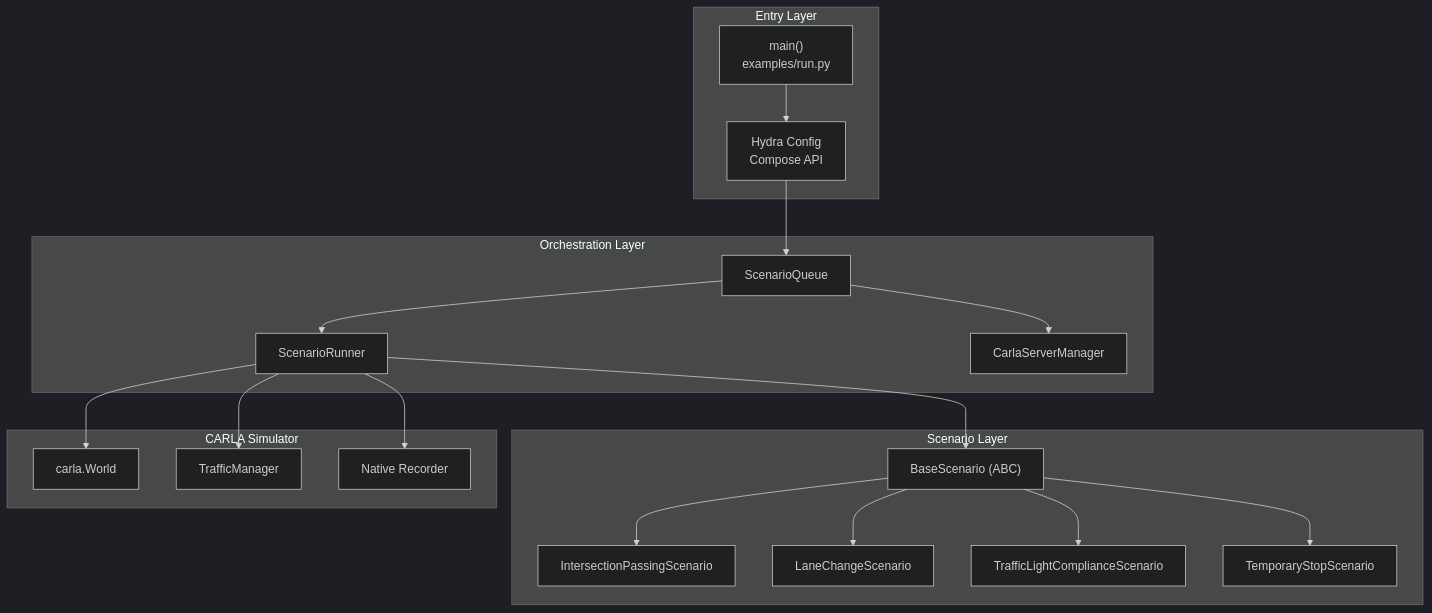
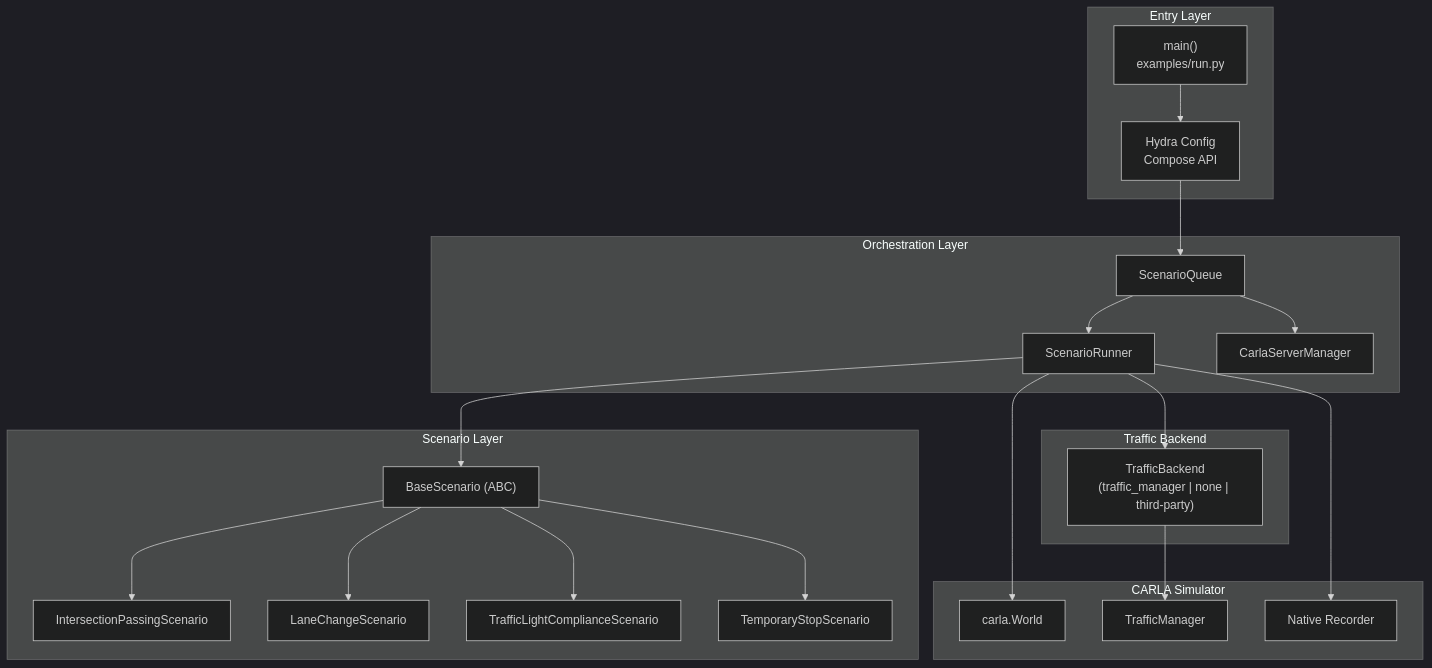
Before and after one commit to autowarefoundation/autoware_carla_scenario: the second of 14 diagrams in autoware_carla_scenario/docs/architecture.md, drawn with Mermaid (dark theme). The commit also changed other lines of this file and 24 other files, not shown here.

````diff
--- a/autoware_carla_scenario/docs/architecture.md
+++ b/autoware_carla_scenario/docs/architecture.md
@@ -68,37 +68,42 @@
 ```mermaid
 graph TB
     subgraph Entry["Entry Layer"]
         main["main()<br/>examples/run.py"]
         hydra["Hydra Config<br/>Compose API"]
     end
 
     subgraph Orchestration["Orchestration Layer"]
         SQ["ScenarioQueue"]
         SR["ScenarioRunner"]
         CSM["CarlaServerManager"]
     end
 
     subgraph Scenario["Scenario Layer"]
         BS["BaseScenario (ABC)"]
         IP["IntersectionPassingScenario"]
         LC["LaneChangeScenario"]
         TLC["TrafficLightComplianceScenario"]
         TS["TemporaryStopScenario"]
     end
 
+    subgraph Traffic["Traffic Backend"]
+        tb["TrafficBackend<br/>(traffic_manager | none | third-party)"]
+    end
+
     subgraph CARLA["CARLA Simulator"]
         world["carla.World"]
         tm["TrafficManager"]
         rec["Native Recorder"]
     end
 
     main --> hydra
     hydra --> SQ
     SQ --> CSM
     SQ --> SR
     SR --> BS
     BS --> IP & LC & TLC & TS
     SR --> world
-    SR --> tm
+    SR --> tb
+    tb --> tm
     SR --> rec
 ```
````
